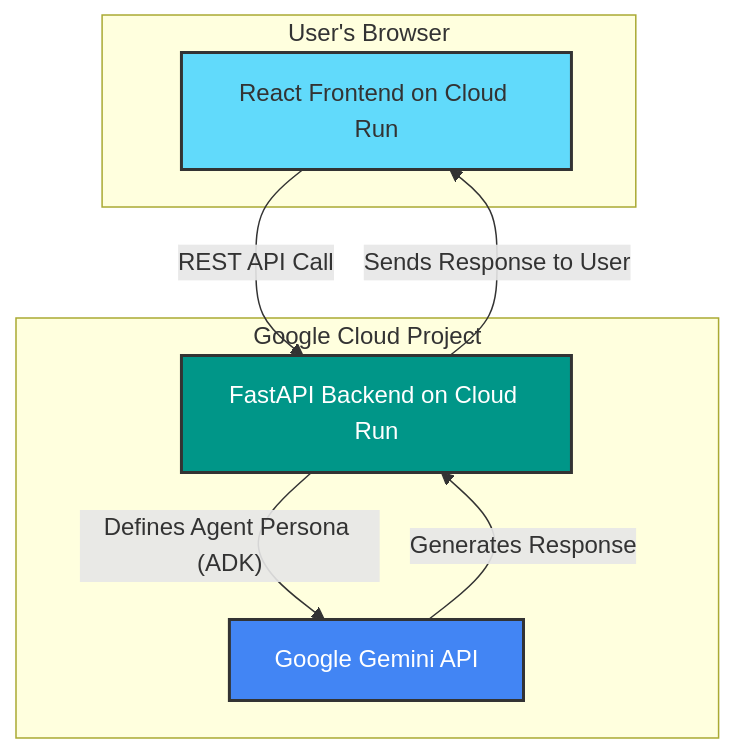
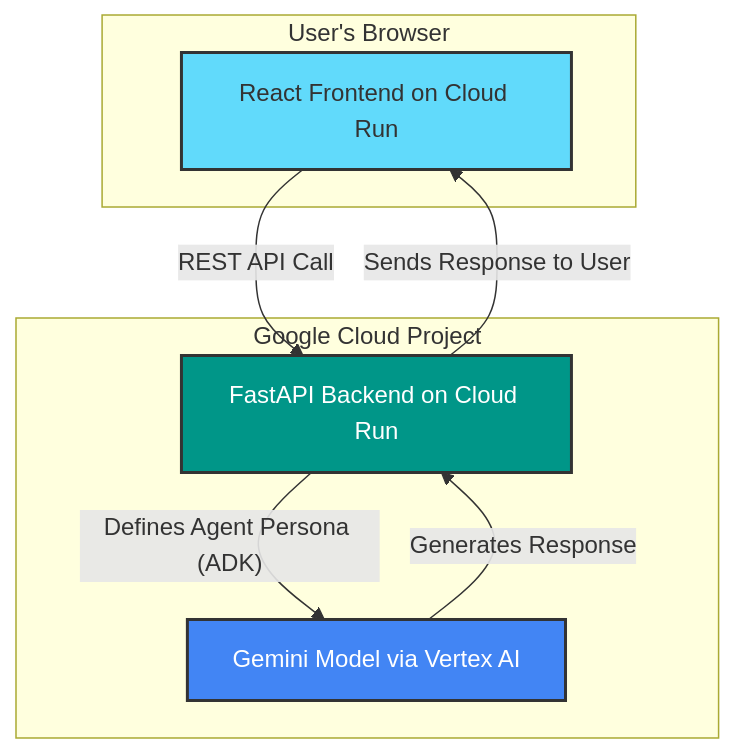
Before and after one commit to khiari-h/EconoMind: the diagram in README.md, drawn with Mermaid. The commit also changed other lines of this file, not shown here.

````diff
--- a/README.md
+++ b/README.md
@@ -84,20 +85,20 @@
 ```mermaid
 graph TD
     subgraph "User's Browser"
         A[React Frontend on Cloud Run]
     end
 
     subgraph "Google Cloud Project"
         B[FastAPI Backend on Cloud Run]
-        C[Google Gemini API]
+        C[Gemini Model via Vertex AI]
     end
 
     A --"REST API Call"--> B
     B --"Defines Agent Persona (ADK)"--> C
     C --"Generates Response"--> B
     B --"Sends Response to User"--> A
 
     style A fill:#61DAFB,stroke:#333,stroke-width:2px
     style B fill:#009688,stroke:#333,stroke-width:2px,color:#fff
     style C fill:#4285F4,stroke:#333,stroke-width:2px,color:#fff
 ```
````
